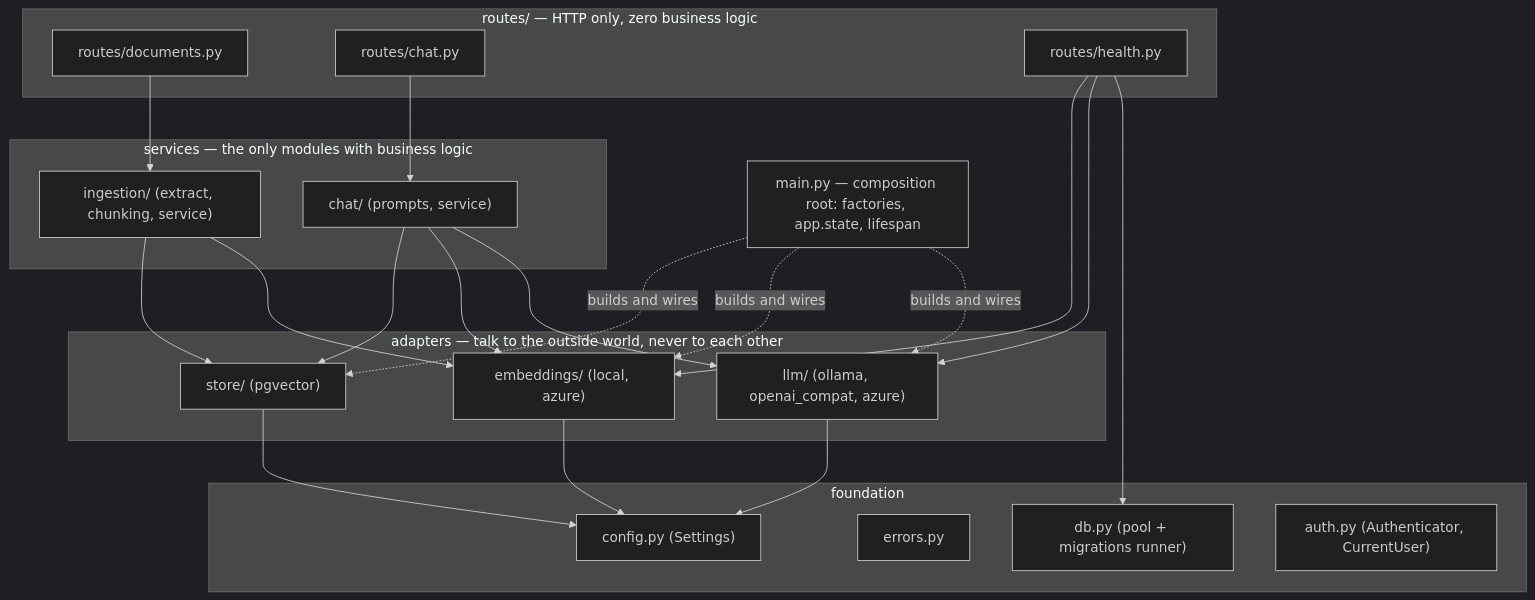
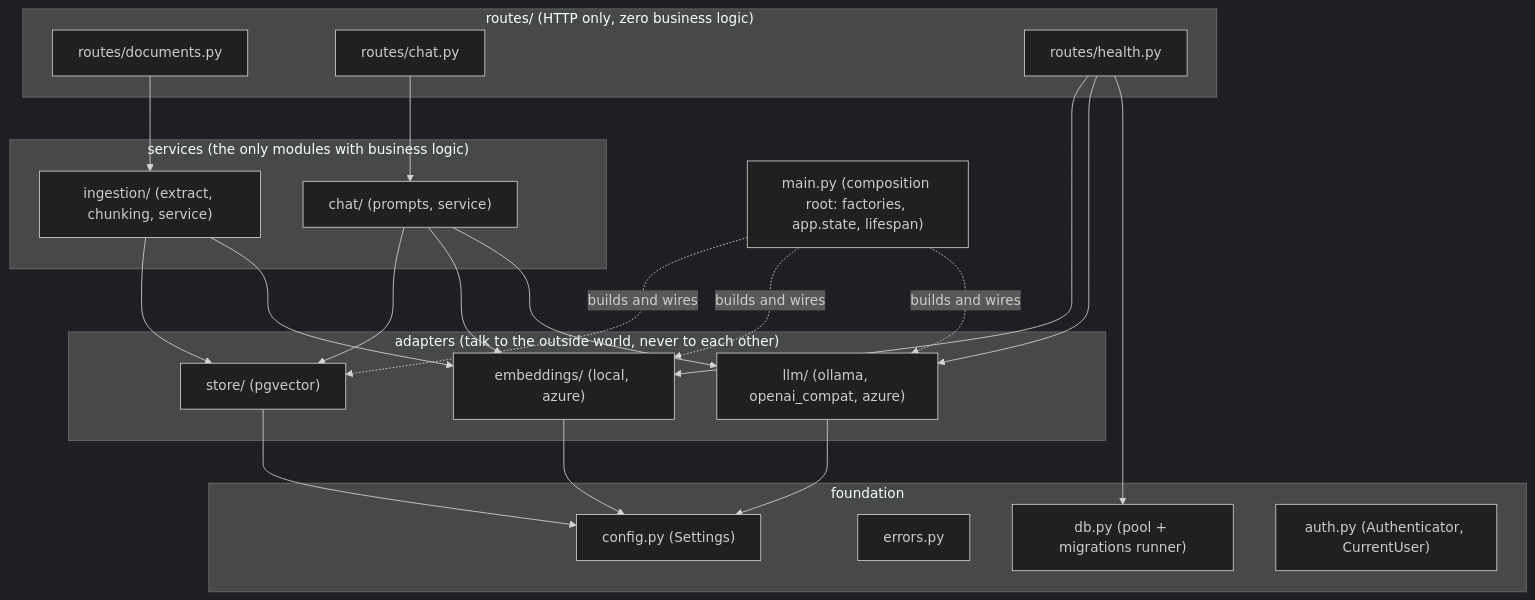
Before and after one commit to Leroy-Guillaume/sovereign-rag: the diagram in ARCHITECTURE.md, drawn with Mermaid (dark theme). The commit also changed other lines of this file and 18 other files, not shown here.

````diff
--- a/ARCHITECTURE.md
+++ b/ARCHITECTURE.md
@@ -23,45 +23,45 @@
 ```mermaid
 flowchart TB
-    subgraph routes["routes/ — HTTP only, zero business logic"]
+    subgraph routes["routes/ (HTTP only, zero business logic)"]
         RDOC["routes/documents.py"]
         RCHAT["routes/chat.py"]
         RHEALTH["routes/health.py"]
     end
 
-    subgraph services["services — the only modules with business logic"]
+    subgraph services["services (the only modules with business logic)"]
         SING["ingestion/ (extract, chunking, service)"]
         SCHAT["chat/ (prompts, service)"]
     end
 
-    subgraph adapters["adapters — talk to the outside world, never to each other"]
+    subgraph adapters["adapters (talk to the outside world, never to each other)"]
         ALLM["llm/ (ollama, openai_compat, azure)"]
         AEMB["embeddings/ (local, azure)"]
         ASTORE["store/ (pgvector)"]
     end
 
     subgraph foundation["foundation"]
         CFG["config.py (Settings)"]
         ERR["errors.py"]
         DBB["db.py (pool + migrations runner)"]
         AUTH["auth.py (Authenticator, CurrentUser)"]
     end
 
-    MAIN["main.py — composition root: factories, app.state, lifespan"]
+    MAIN["main.py (composition root: factories, app.state, lifespan)"]
 
     RDOC --> SING
     RCHAT --> SCHAT
     RHEALTH --> DBB
     RHEALTH --> ALLM
     RHEALTH --> AEMB
     SING --> AEMB
     SING --> ASTORE
     SCHAT --> ALLM
     SCHAT --> AEMB
     SCHAT --> ASTORE
     ALLM --> CFG
     AEMB --> CFG
     ASTORE --> CFG
     MAIN -. "builds and wires" .-> ALLM
     MAIN -. "builds and wires" .-> AEMB
     MAIN -. "builds and wires" .-> ASTORE
 ```
````
